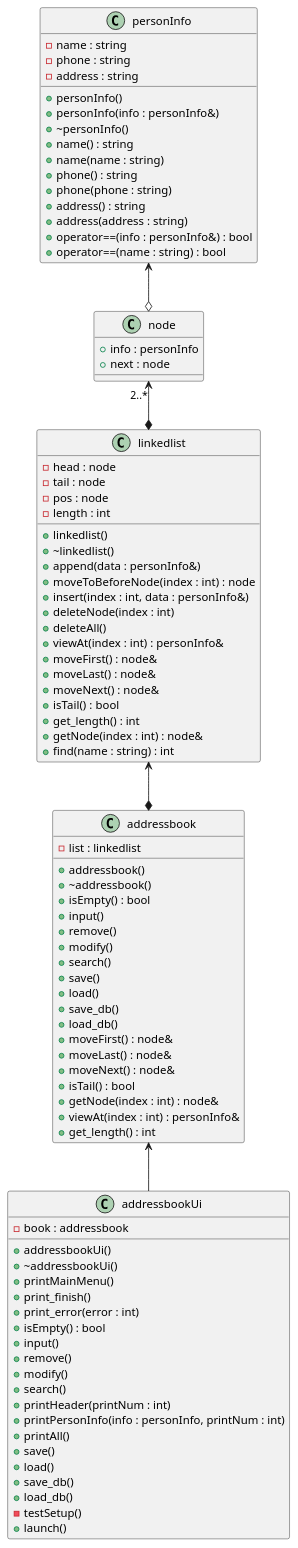
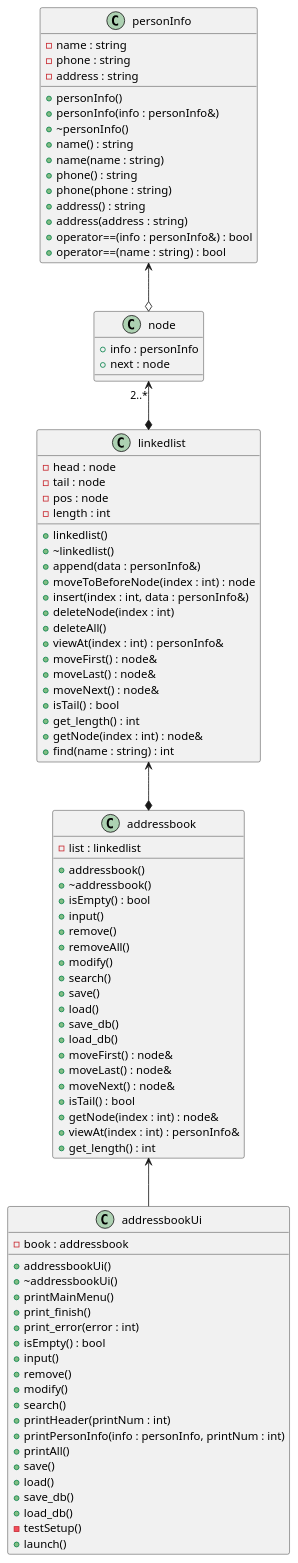
One commit to digiry/study changed the diagram in py_programming/docs/addressbook.puml. Above: the diagram before and after it, drawn with PlantUML.

Commit message:
- update addressbook.puml

```diff
--- a/py_programming/docs/addressbook.puml
+++ b/py_programming/docs/addressbook.puml
@@ -1,97 +1,98 @@
 @startuml
 
 class personInfo {
 - name : string
 - phone : string
 - address : string
 + personInfo()
 + personInfo(info : personInfo&)
 + ~personInfo()
 + name() : string
 + name(name : string)
 + phone() : string
 + phone(phone : string)
 + address() : string
 + address(address : string)
 + operator==(info : personInfo&) : bool
 + operator==(name : string) : bool
 }
 
 class node {
 + info : personInfo
 + next : node
 }
 
 class linkedlist {
 - head : node
 - tail : node
 - pos : node
 - length : int
 + linkedlist()
 + ~linkedlist()
 + append(data : personInfo&)
 + moveToBeforeNode(index : int) : node
 + insert(index : int, data : personInfo&)
 + deleteNode(index : int)
 + deleteAll()
 + viewAt(index : int) : personInfo&
 + moveFirst() : node&
 + moveLast() : node&
 + moveNext() : node&
 + isTail() : bool
 + get_length() : int
 + getNode(index : int) : node&
 + find(name : string) : int
 }
 
 class addressbook {
 - list : linkedlist
 + addressbook()
 + ~addressbook()
 + isEmpty() : bool
 + input()
 + remove()
++ removeAll()
 + modify()
 + search()
 + save()
 + load()
 + save_db()
 + load_db()
 + moveFirst() : node&
 + moveLast() : node&
 + moveNext() : node&
 + isTail() : bool
 + getNode(index : int) : node&
 + viewAt(index : int) : personInfo&
 + get_length() : int
 }
 
 class addressbookUi {
 - book : addressbook
 + addressbookUi()
 + ~addressbookUi()
 + printMainMenu()
 + print_finish()
 + print_error(error : int)
 + isEmpty() : bool
 + input()
 + remove()
 + modify()
 + search()
 + printHeader(printNum : int)
 + printPersonInfo(info : personInfo, printNum : int)
 + printAll()
 + save()
 + load()
 + save_db()
 + load_db()
 - testSetup()
 + launch()
 }
 
 personInfo <--o node
 node "2..*" <--* linkedlist
 linkedlist <--* addressbook
 addressbook <-- addressbookUi
 
 @enduml
```
